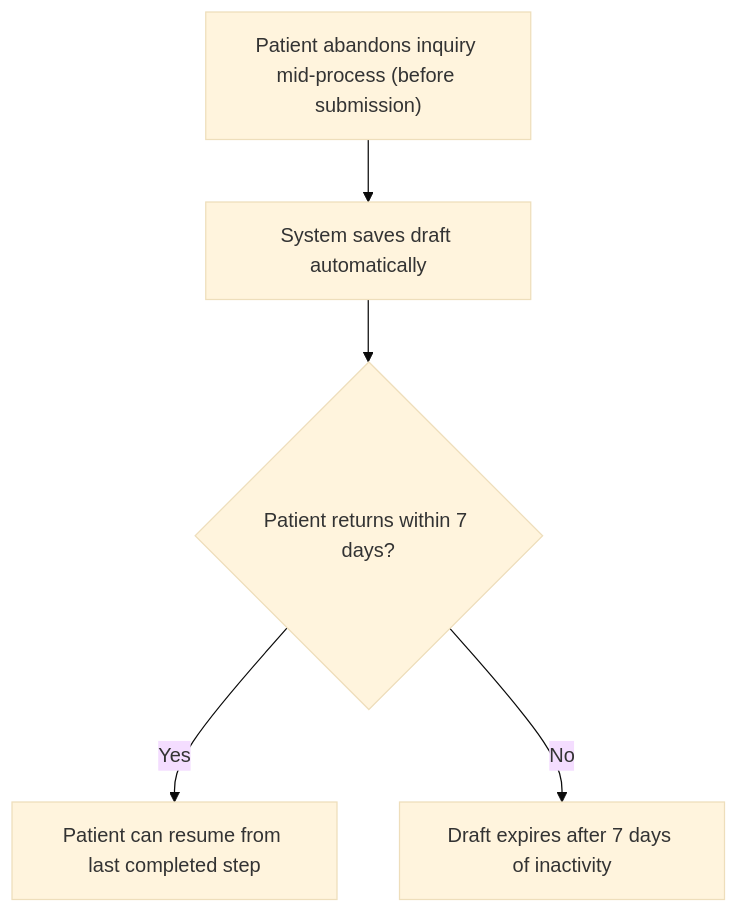
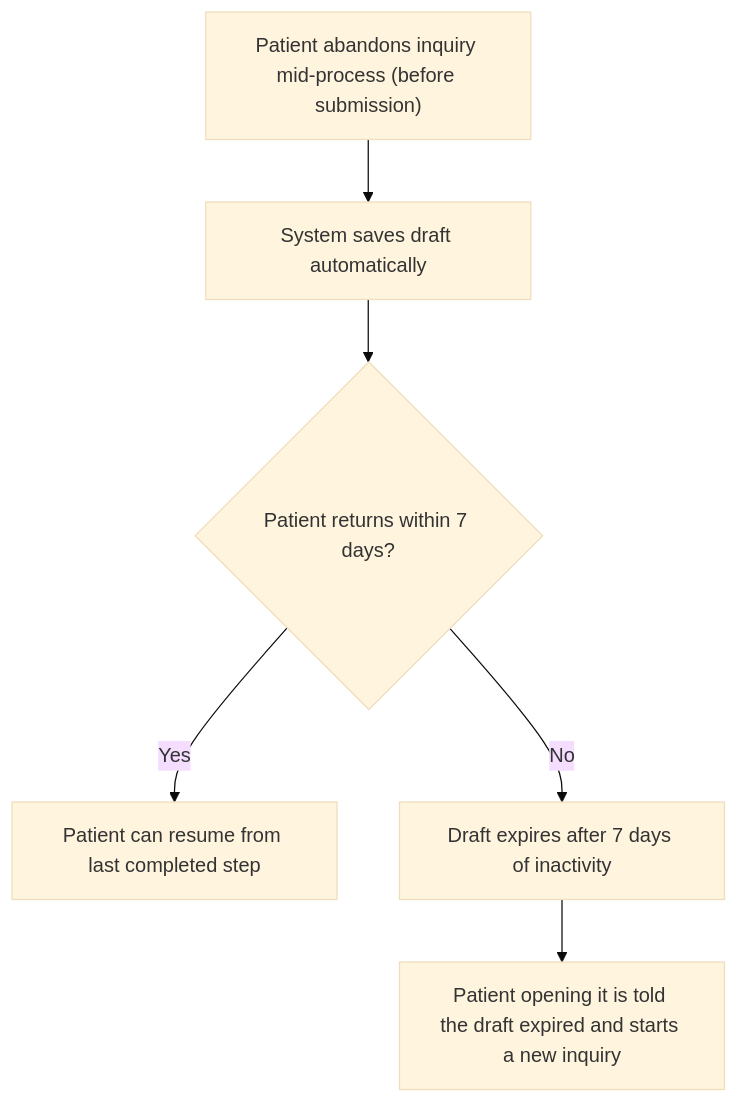
One commit to joachimtrungtuan/hairline-pm-docs changed the second of 15 diagrams in project-requirements/functional-requirements/fr003-inquiry-submission/prd.md. Above: the diagram before and after it, drawn with Mermaid (base theme). The commit also changed other lines of this file and 5 other files, not shown here.

Commit message:
docs(fr003): apply logic review pass 1 fixes to PRD and graph

````diff
--- a/project-requirements/functional-requirements/fr003-inquiry-submission/prd.md
+++ b/project-requirements/functional-requirements/fr003-inquiry-submission/prd.md
@@ -124,7 +124,8 @@
 ```mermaid
 flowchart TD
     Exit["Patient abandons inquiry mid-process (before submission)"] --> Save["System saves draft automatically"]
     Save --> Resume{"Patient returns within 7 days?"}
     Resume -->|Yes| Continue["Patient can resume from last completed step"]
     Resume -->|No| Expire["Draft expires after 7 days of inactivity"]
+    Expire --> Told["Patient opening it is told the draft expired and starts a new inquiry"]
 ```
````
